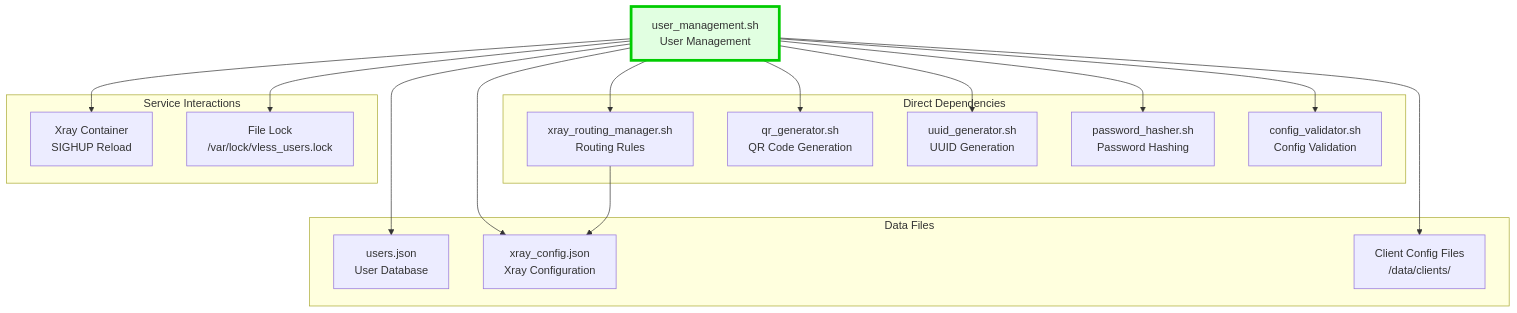
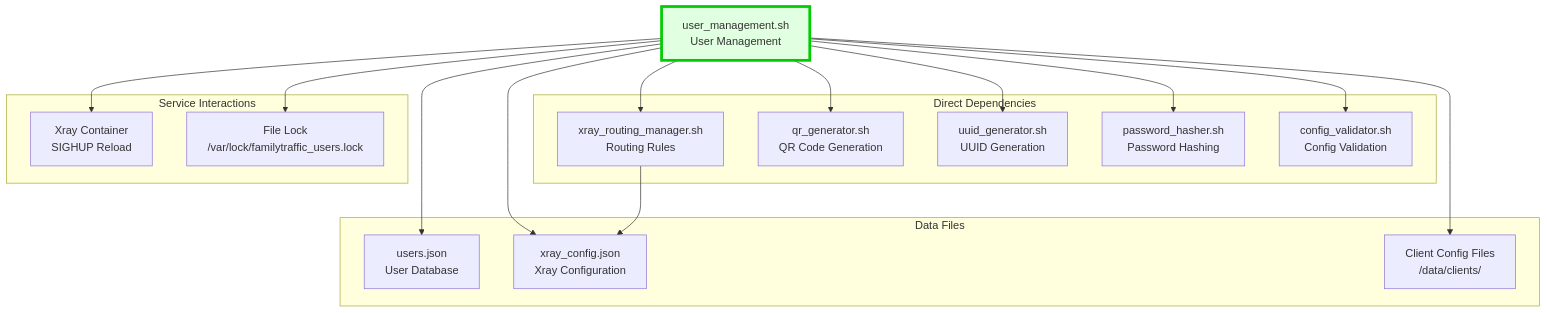
The third of 9 diagrams in docs/architecture/diagrams/dependencies/module-dependencies.md (ikeniborn/vless), drawn with Mermaid before and after one commit. The commit also changed 66 other files, not shown here.

First line of the commit message:
refactor(rename): replace old project name 'vless' with 'familytraffic'

````diff
--- a/docs/architecture/diagrams/dependencies/module-dependencies.md
+++ b/docs/architecture/diagrams/dependencies/module-dependencies.md
@@ -154,40 +154,40 @@
 ```mermaid
 graph TB
     UserMgmt[user_management.sh<br/>User Management]
 
     subgraph "Direct Dependencies"
         XrayRouting[xray_routing_manager.sh<br/>Routing Rules]
         QRGen[qr_generator.sh<br/>QR Code Generation]
         UUID[uuid_generator.sh<br/>UUID Generation]
         PasswordHash[password_hasher.sh<br/>Password Hashing]
         ConfigValidator[config_validator.sh<br/>Config Validation]
     end
 
     subgraph "Data Files"
         UsersJSON[users.json<br/>User Database]
         XrayConfig[xray_config.json<br/>Xray Configuration]
         ClientConfigs[Client Config Files<br/>/data/clients/]
     end
 
     subgraph "Service Interactions"
         XrayReload[Xray Container<br/>SIGHUP Reload]
-        FileLock[File Lock<br/>/var/lock/vless_users.lock]
+        FileLock[File Lock<br/>/var/lock/familytraffic_users.lock]
     end
 
     UserMgmt --> UUID
     UserMgmt --> PasswordHash
     UserMgmt --> XrayRouting
     UserMgmt --> QRGen
     UserMgmt --> ConfigValidator
 
     UserMgmt --> UsersJSON
     UserMgmt --> XrayConfig
     UserMgmt --> ClientConfigs
 
     UserMgmt --> FileLock
     UserMgmt --> XrayReload
 
     XrayRouting --> XrayConfig
 
     style UserMgmt fill:#e1ffe1,stroke:#00cc00,stroke-width:4px
 ```
````
